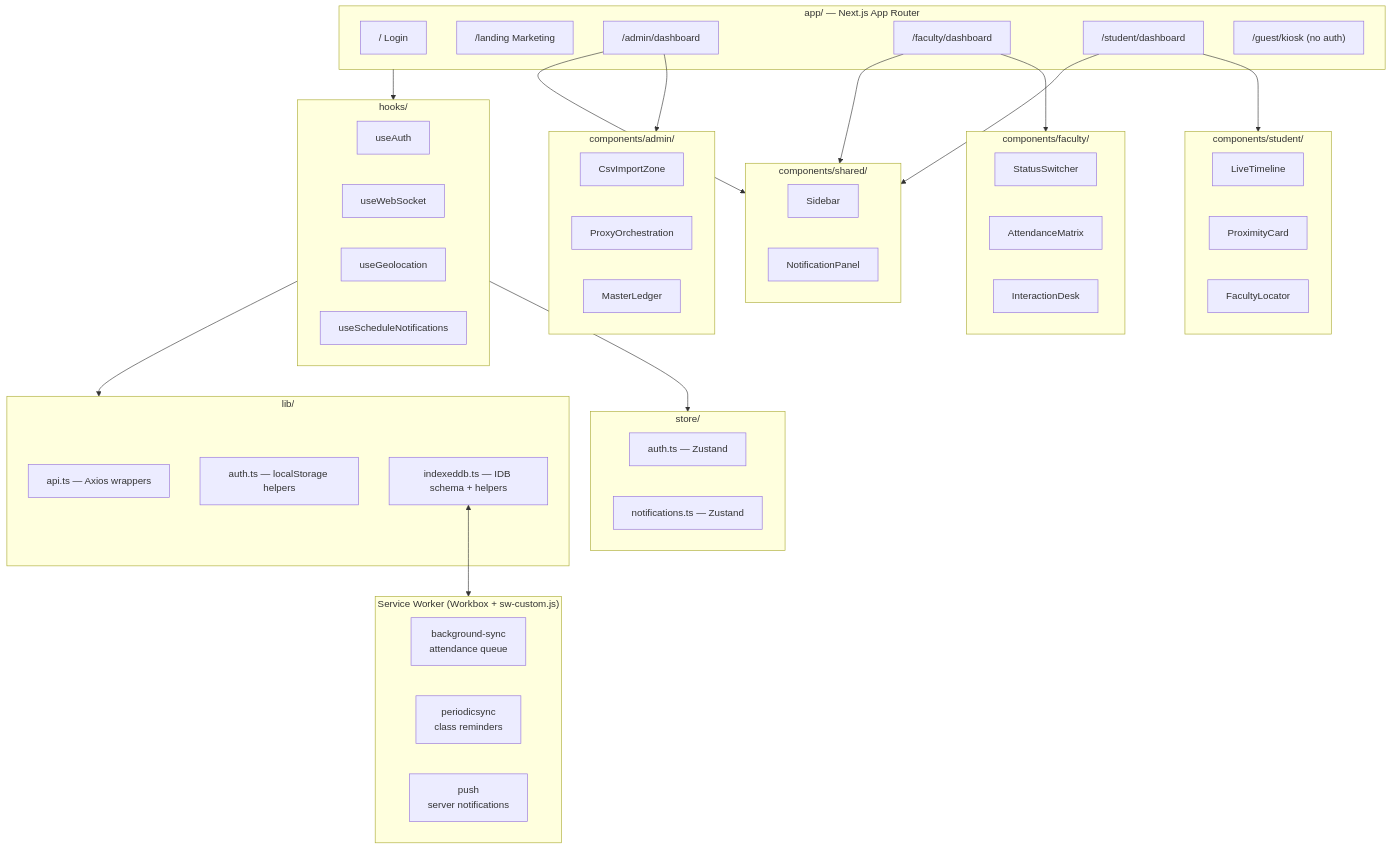
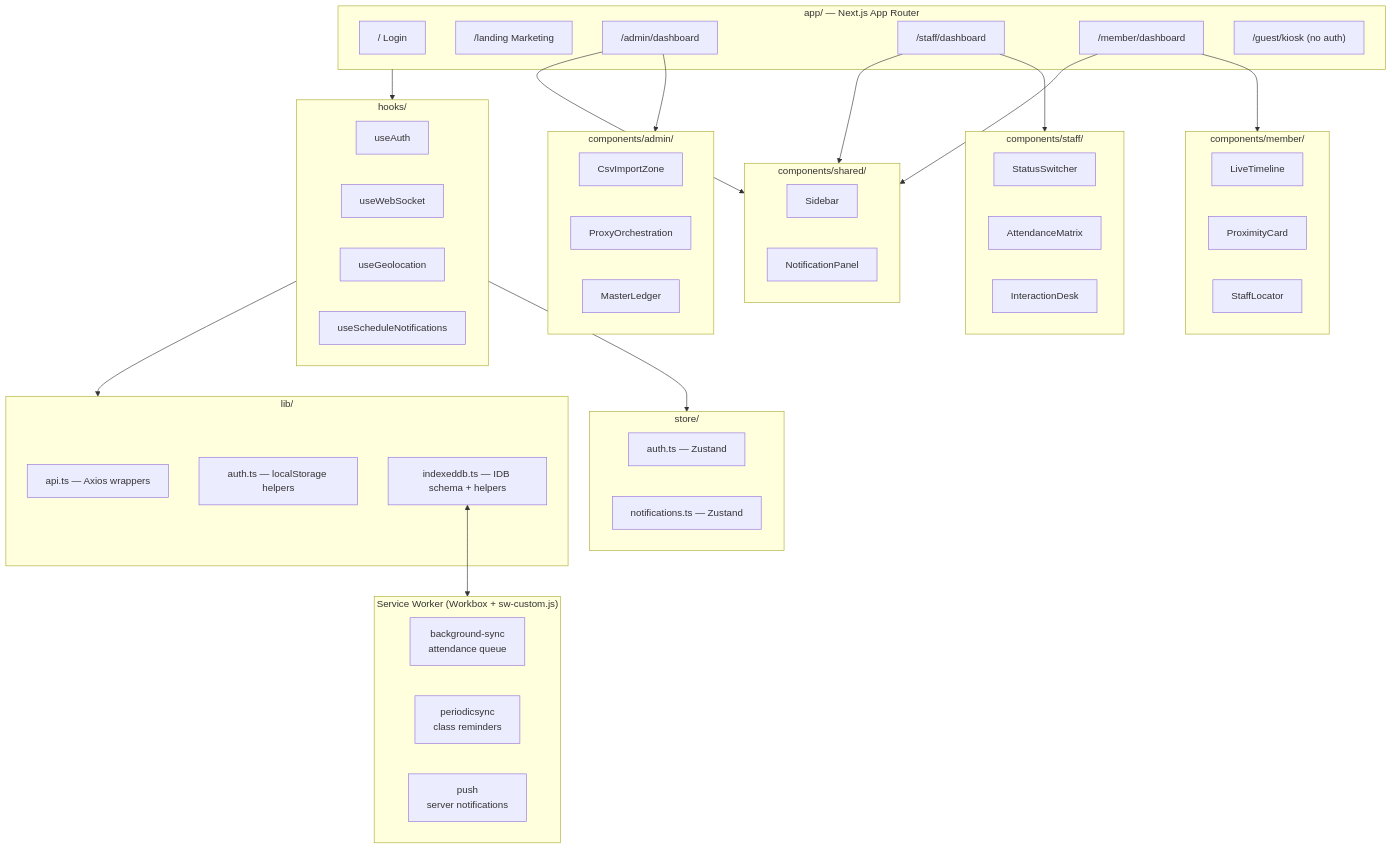
The fifth of 5 diagrams in docs/architecture.md (Life-Experimentalist/Chronos-Ledger), drawn with Mermaid before and after one commit. The commit also changed other lines of this file and 17 other files, not shown here.

````diff
--- a/docs/architecture.md
+++ b/docs/architecture.md
@@ -175,66 +175,66 @@
 ```mermaid
 graph TD
     subgraph Pages["app/ — Next.js App Router"]
         Login["/  Login"]
         Landing["/landing  Marketing"]
         Admin["/admin/dashboard"]
-        Faculty["/faculty/dashboard"]
-        Student["/student/dashboard"]
+        Staff["/staff/dashboard"]
+        Member["/member/dashboard"]
         Kiosk["/guest/kiosk  (no auth)"]
     end
 
     subgraph Shared["components/shared/"]
         Sidebar
         NotificationPanel
     end
 
-    subgraph FComp["components/faculty/"]
+    subgraph FComp["components/staff/"]
         StatusSwitcher
         AttendanceMatrix
         InteractionDesk
     end
 
-    subgraph SComp["components/student/"]
+    subgraph SComp["components/member/"]
         LiveTimeline
         ProximityCard
-        FacultyLocator
+        StaffLocator
     end
 
     subgraph AComp["components/admin/"]
         CsvImportZone
         ProxyOrchestration
         MasterLedger
     end
 
     subgraph Hooks["hooks/"]
         useAuth
         useWebSocket
         useGeolocation
         useScheduleNotifications
     end
 
     subgraph Lib["lib/"]
         api["api.ts — Axios wrappers"]
         auth["auth.ts — localStorage helpers"]
         idb["indexeddb.ts — IDB schema + helpers"]
     end
 
     subgraph Store["store/"]
         authStore["auth.ts — Zustand"]
         notifStore["notifications.ts — Zustand"]
     end
 
     subgraph SW["Service Worker (Workbox + sw-custom.js)"]
         BGSync[background-sync<br/>attendance queue]
         PeriodicSync[periodicsync<br/>class reminders]
         Push[push<br/>server notifications]
     end
 
-    Admin & Faculty & Student --> Shared
-    Faculty --> FComp
-    Student --> SComp
+    Admin & Staff & Member --> Shared
+    Staff --> FComp
+    Member --> SComp
     Admin --> AComp
     Pages --> Hooks
     Hooks --> Lib & Store
     idb <--> SW
 ```
````
